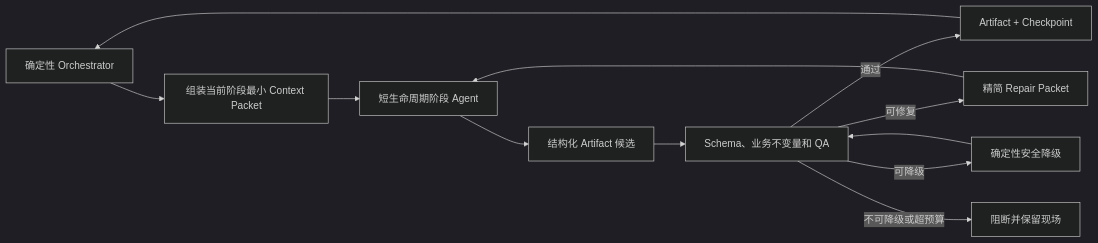
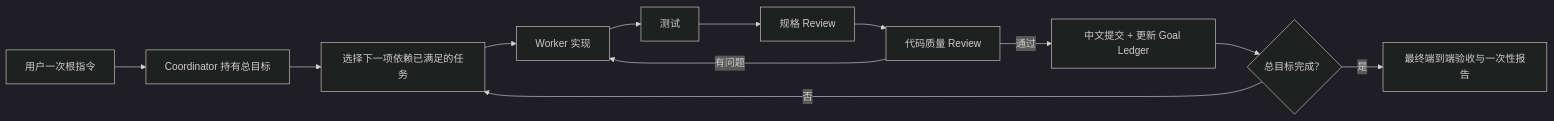
Before and after one commit to renmengwen/MuseDock: the fifth of 5 diagrams in docs/superpowers/plans/2026-07-16-asset-first-image-camera-focus-summary.md, drawn with Mermaid (dark theme). The commit also changed other lines of this file and 1 other file, not shown here.

````diff
--- a/docs/superpowers/plans/2026-07-16-asset-first-image-camera-focus-summary.md
+++ b/docs/superpowers/plans/2026-07-16-asset-first-image-camera-focus-summary.md
@@ -2167,14 +2167,14 @@
 ```mermaid
 flowchart LR
-    A["确定性 Orchestrator"] --> B["组装当前阶段最小 Context Packet"]
-    B --> C["短生命周期阶段 Agent"]
-    C --> D["结构化 Artifact 候选"]
-    D --> E["Schema、业务不变量和 QA"]
-    E -->|"通过"| F["Artifact + Checkpoint"]
-    E -->|"可修复"| G["精简 Repair Packet"]
-    G --> C
-    E -->|"可降级"| H["确定性安全降级"]
-    H --> E
-    E -->|"不可降级或超预算"| I["阻断并保留现场"]
-    F --> A
+    A["用户一次根指令"] --> B["Coordinator 持有总目标"]
+    B --> C["选择下一项依赖已满足的任务"]
+    C --> D["Worker 实现"]
+    D --> E["测试"]
+    E --> F["规格 Review"]
+    F --> G["代码质量 Review"]
+    G -->|"有问题"| D
+    G -->|"通过"| H["中文提交 + 更新 Goal Ledger"]
+    H --> I{"总目标完成？"}
+    I -->|"否"| C
+    I -->|"是"| J["最终端到端验收与一次性报告"]
 ```
````
